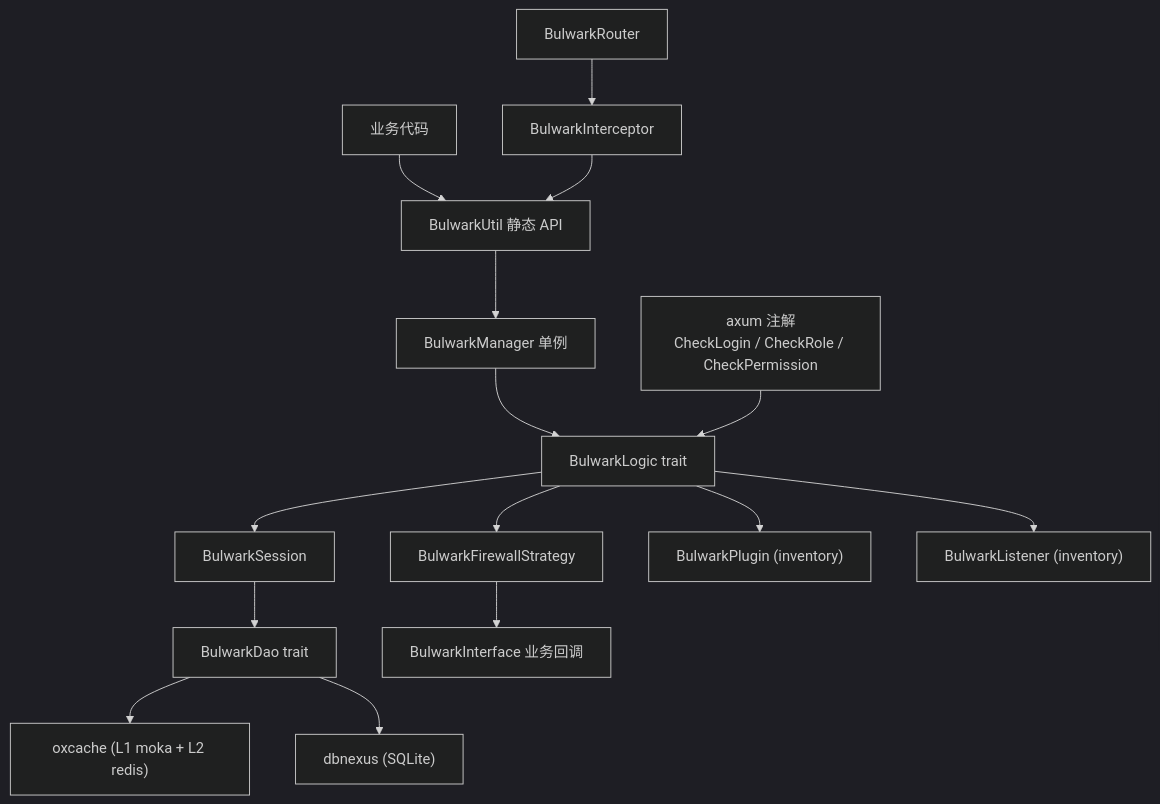
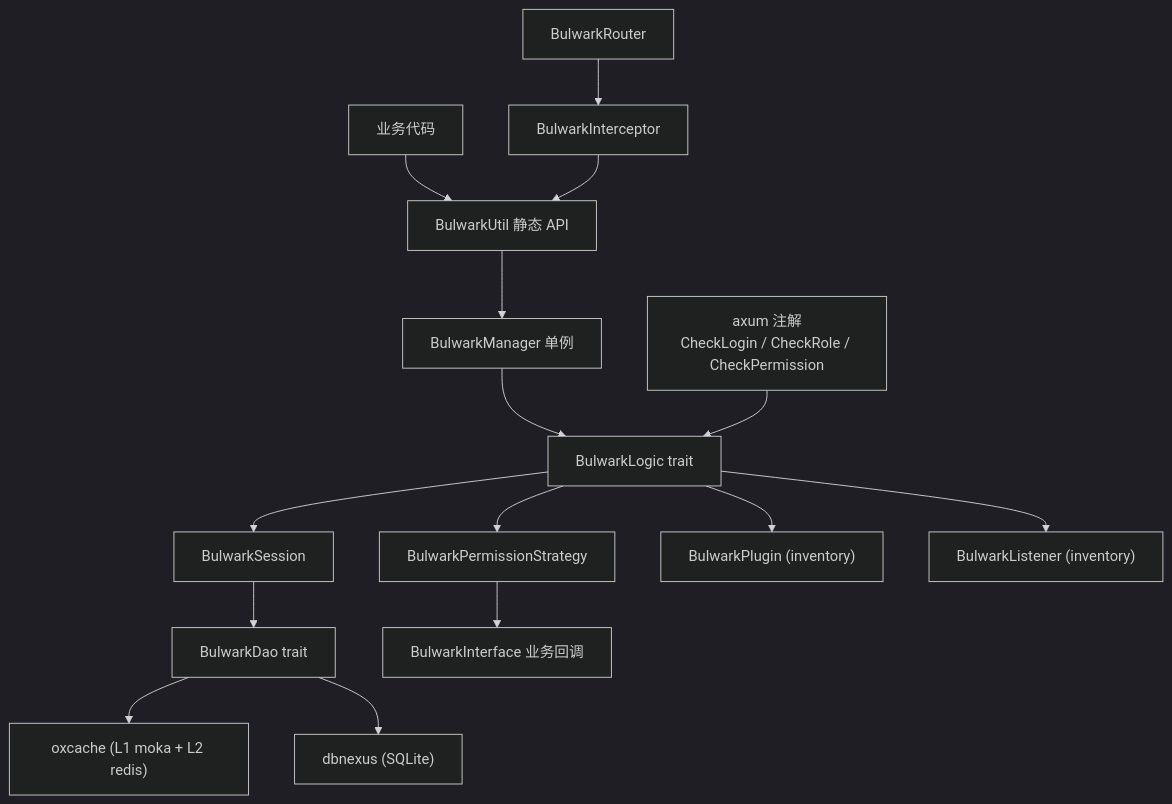
One commit to Kirky-X/garrison changed the diagram in README.md. Above: the diagram before and after it, drawn with Mermaid (dark theme). The commit also changed other lines of this file and 19 other files, not shown here.

First line of the commit message:
refactor(strategy): rename BulwarkFirewallStrategy → BulwarkPermissionStrategy (H5 prereq)

````diff
--- a/README.md
+++ b/README.md
@@ -127,17 +127,17 @@
 ```mermaid
 graph TD
     User["业务代码"] --> Util["BulwarkUtil 静态 API"]
     Util --> Manager["BulwarkManager 单例"]
     Manager --> Logic["BulwarkLogic trait"]
     Logic --> Session["BulwarkSession"]
-    Logic --> Strategy["BulwarkFirewallStrategy"]
+    Logic --> Strategy["BulwarkPermissionStrategy"]
     Session --> Dao["BulwarkDao trait"]
     Strategy --> Interface["BulwarkInterface 业务回调"]
     Dao --> Oxcache["oxcache (L1 moka + L2 redis)"]
     Dao --> Dbnexus["dbnexus (SQLite)"]
     Logic --> Plugin["BulwarkPlugin (inventory)"]
     Logic --> Listener["BulwarkListener (inventory)"]
     Annotation["axum 注解<br/>CheckLogin / CheckRole / CheckPermission"] --> Logic
     Router["BulwarkRouter"] --> Interceptor["BulwarkInterceptor"]
     Interceptor --> Util
 ```
````
